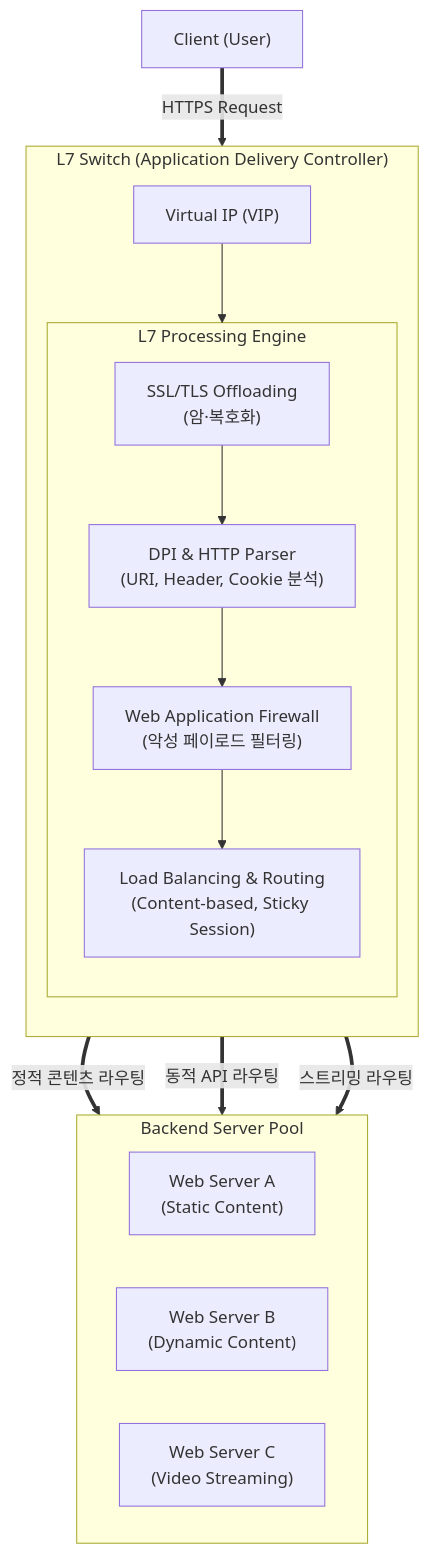
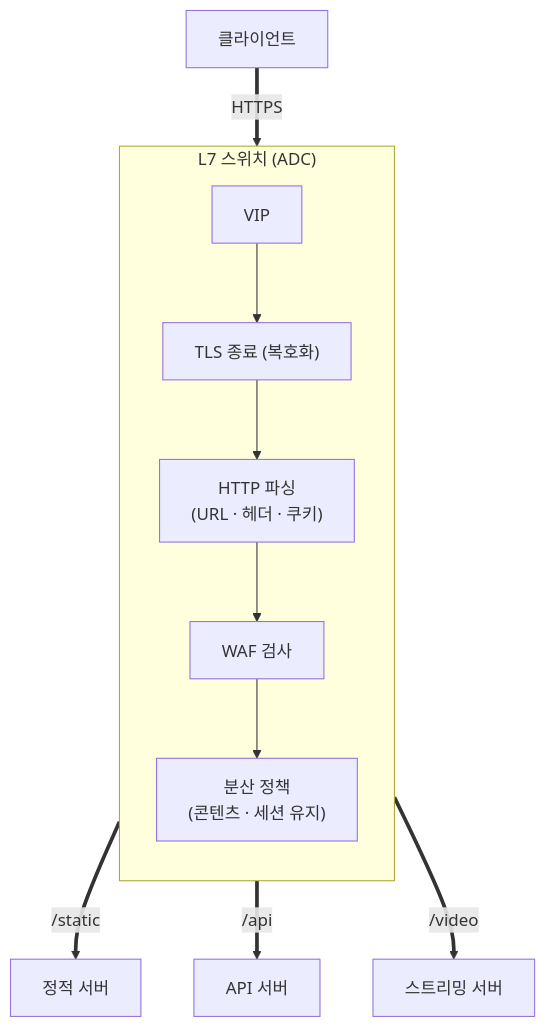
The diagram in content/01_IT Tech/스위치 (Layer 7 Switch).md (supremethumb/supremethumb.github.io), drawn with Mermaid before and after one commit. The commit also changed other lines of this file and 1087 other files, not shown here.

````diff
--- a/content/01_IT Tech/스위치 (Layer 7 Switch).md
+++ b/content/01_IT Tech/스위치 (Layer 7 Switch).md
@@ -27,35 +37,11 @@
 ```mermaid
 flowchart TB
-    Client["Client (User)"]
-    
-    subgraph L7_Switch ["L7 Switch (Application Delivery Controller)"]
+    C["클라이언트"] == "HTTPS" ==> VIP["VIP"]
+    subgraph ADC["L7 스위치 (ADC)"]
         direction TB
-        VIP["Virtual IP (VIP)"]
-        
-        subgraph Processing_Engine ["L7 Processing Engine"]
-            SSL["SSL/TLS Offloading<br/>(암·복호화)"]
-            Parser["DPI & HTTP Parser<br/>(URI, Header, Cookie 분석)"]
-            WAF["Web Application Firewall<br/>(악성 페이로드 필터링)"]
-            LB["Load Balancing & Routing<br/>(Content-based, Sticky Session)"]
-            
-            SSL --> Parser
-            Parser --> WAF
-            WAF --> LB
-        end
-        
-        VIP --> Processing_Engine
+        VIP --> SSL["TLS 종료 (복호화)"] --> P["HTTP 파싱<br/>(URL · 헤더 · 쿠키)"] --> W["WAF 검사"] --> LB["분산 정책<br/>(콘텐츠 · 세션 유지)"]
     end
-    
-    subgraph Backend_Pool ["Backend Server Pool"]
-        direction LR
-        Web1["Web Server A<br/>(Static Content)"]
-        Web2["Web Server B<br/>(Dynamic Content)"]
-        Web3["Web Server C<br/>(Video Streaming)"]
-    end
-    
-    Client == "HTTPS Request" ==> VIP
-    LB == "정적 콘텐츠 라우팅" ==> Web1
-    LB == "동적 API 라우팅" ==> Web2
-    LB == "스트리밍 라우팅" ==> Web3
-
+    LB == "/static" ==> S1["정적 서버"]
+    LB == "/api" ==> S2["API 서버"]
+    LB == "/video" ==> S3["스트리밍 서버"]
 ```
````
